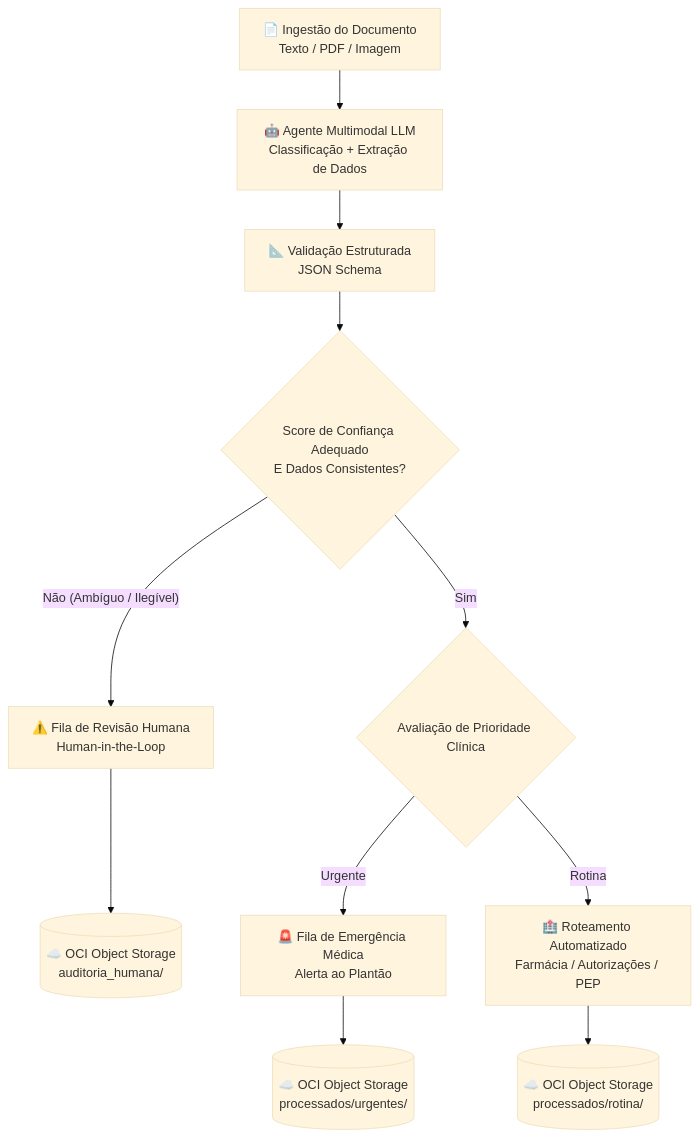
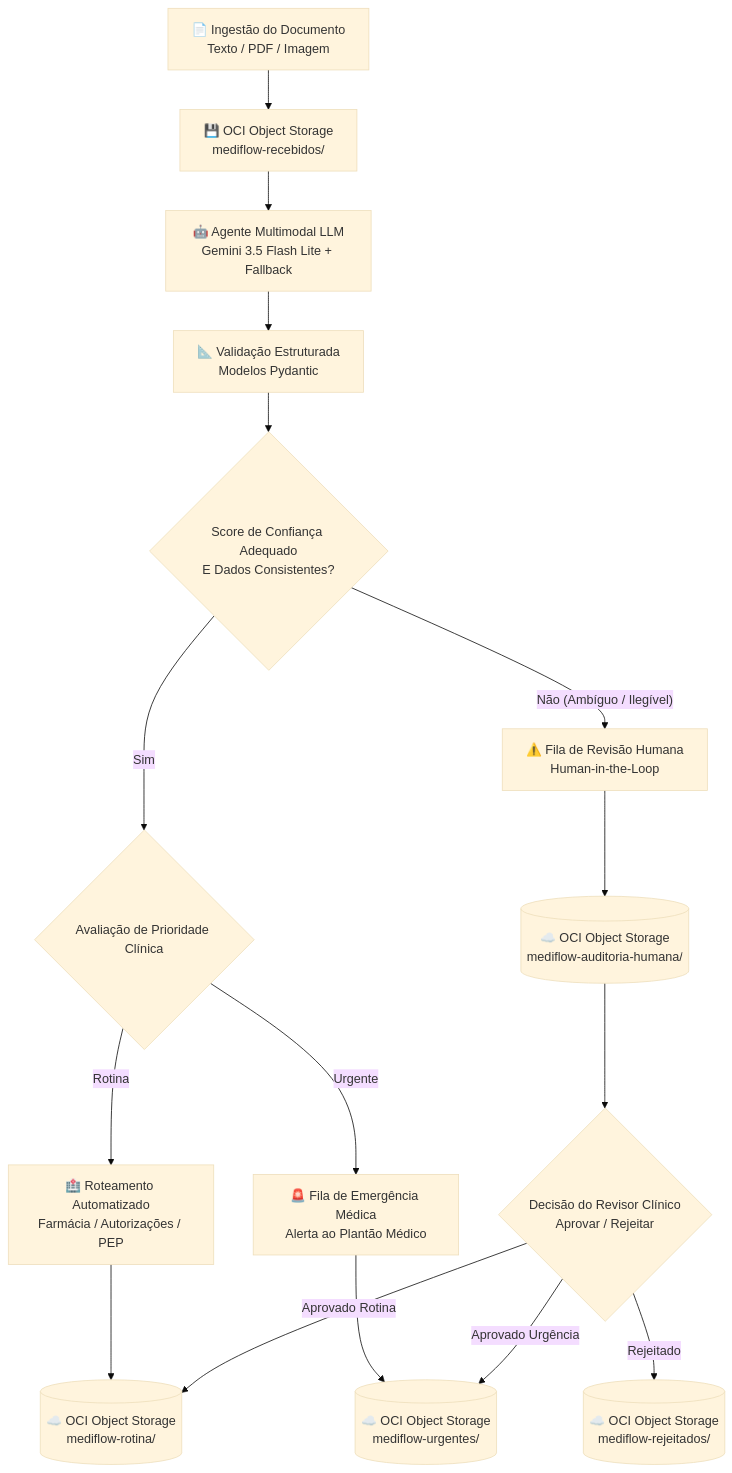
The diagram in README.md (AndreTeixeir/mediflow-hackathon-one), drawn with Mermaid (base theme) before and after one commit. The commit also changed other lines of this file and 8 other files, not shown here.

First line of the commit message:
docs: atualiza documentacao, diagrama OCI e adiciona slides do DemoDay

````diff
--- a/README.md
+++ b/README.md
@@ -18,17 +19,23 @@
 ```mermaid
 graph TD
-    A[📄 Ingestão do Documento<br/>Texto / PDF / Imagem] --> B[🤖 Agente Multimodal LLM<br/>Classificação + Extração de Dados]
-    B --> C[📐 Validação Estruturada<br/>JSON Schema]
-    C --> D{Score de Confiança Adequado<br/>E Dados Consistentes?}
+    A[📄 Ingestão do Documento<br/>Texto / PDF / Imagem] --> B[💾 OCI Object Storage<br/>mediflow-recebidos/]
+    B --> C[🤖 Agente Multimodal LLM<br/>Gemini 3.5 Flash Lite + Fallback]
+    C --> D[📐 Validação Estruturada<br/>Modelos Pydantic]
+    D --> E{Score de Confiança Adequado<br/>E Dados Consistentes?}
 
-    D -- Não (Ambíguo / Ilegível) --> E[⚠️ Fila de Revisão Humana<br/>Human-in-the-Loop]
-    E --> F[(☁️ OCI Object Storage<br/>auditoria_humana/)]
+    E -- Não (Ambíguo / Ilegível) --> F[⚠️ Fila de Revisão Humana<br/>Human-in-the-Loop]
+    F --> G[(☁️ OCI Object Storage<br/>mediflow-auditoria-humana/)]
 
-    D -- Sim --> G{Avaliação de Prioridade Clínica}
+    G --> H{Decisão do Revisor Clínico<br/>Aprovar / Rejeitar}
+    H -- Aprovado Rotina --> L[(☁️ OCI Object Storage<br/>mediflow-rotina/)]
+    H -- Aprovado Urgência --> K[(☁️ OCI Object Storage<br/>mediflow-urgentes/)]
+    H -- Rejeitado --> M[(☁️ OCI Object Storage<br/>mediflow-rejeitados/)]
 
-    G -- Urgente --> H[🚨 Fila de Emergência Médica<br/>Alerta ao Plantão]
-    H --> I[(☁️ OCI Object Storage<br/>processados/urgentes/)]
+    E -- Sim --> I{Avaliação de Prioridade Clínica}
 
-    G -- Rotina --> J[🏥 Roteamento Automatizado<br/>Farmácia / Autorizações / PEP]
-    J --> K[(☁️ OCI Object Storage<br/>processados/rotina/)]
+    I -- Urgente --> J[🚨 Fila de Emergência Médica<br/>Alerta ao Plantão Médico]
+    J --> K
+
+    I -- Rotina --> N[🏥 Roteamento Automatizado<br/>Farmácia / Autorizações / PEP]
+    N --> L
 ```
````
